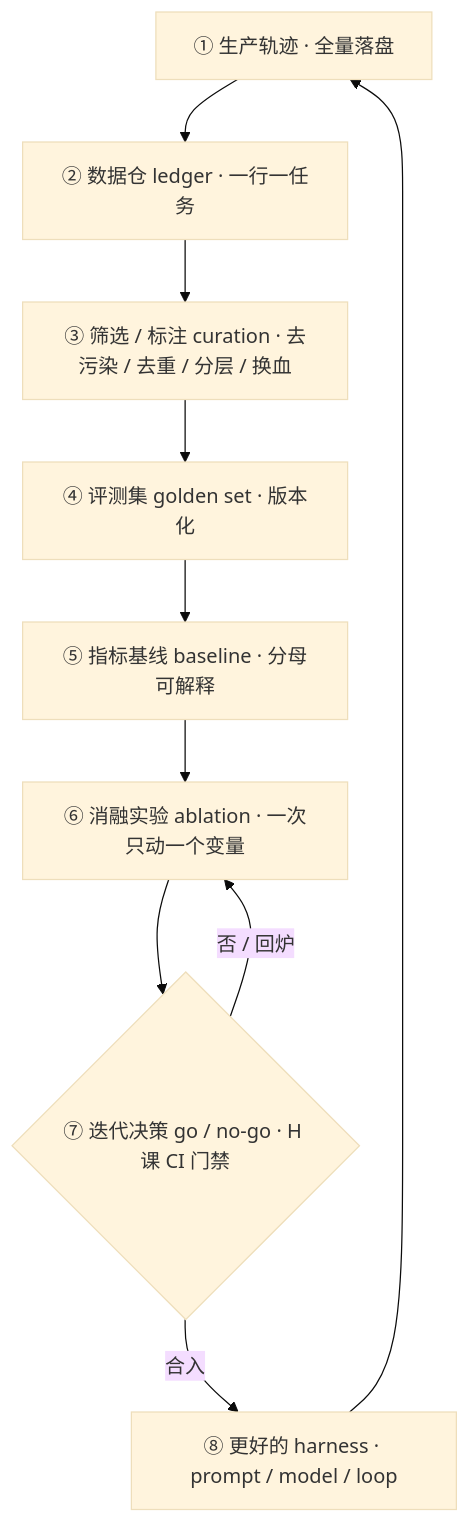
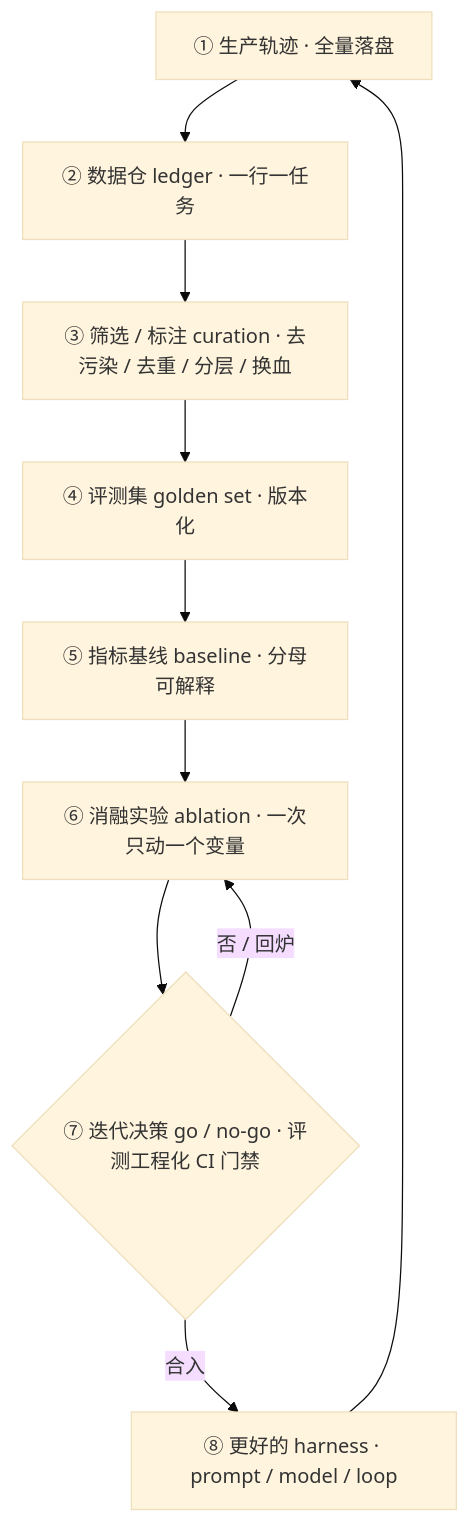
The first of 4 diagrams in notes/data-flywheel.md (zo0043/learn-agent-harness), drawn with Mermaid (base theme) before and after one commit. The commit also changed other lines of this file and 50 other files, not shown here.

````diff
--- a/notes/data-flywheel.md
+++ b/notes/data-flywheel.md
@@ -28,12 +28,12 @@
 ```mermaid
 flowchart TD
   P["① 生产轨迹 · 全量落盘"] --> L["② 数据仓 ledger · 一行一任务"]
   L --> C["③ 筛选 / 标注 curation · 去污染 / 去重 / 分层 / 换血"]
   C --> G["④ 评测集 golden set · 版本化"]
   G --> B["⑤ 指标基线 baseline · 分母可解释"]
   B --> A["⑥ 消融实验 ablation · 一次只动一个变量"]
-  A --> D{"⑦ 迭代决策 go / no-go · H 课 CI 门禁"}
+  A --> D{"⑦ 迭代决策 go / no-go · 评测工程化 CI 门禁"}
   D -->|"合入"| H["⑧ 更好的 harness · prompt / model / loop"]
   H --> P
   D -->|"否 / 回炉"| A
 ```
````
